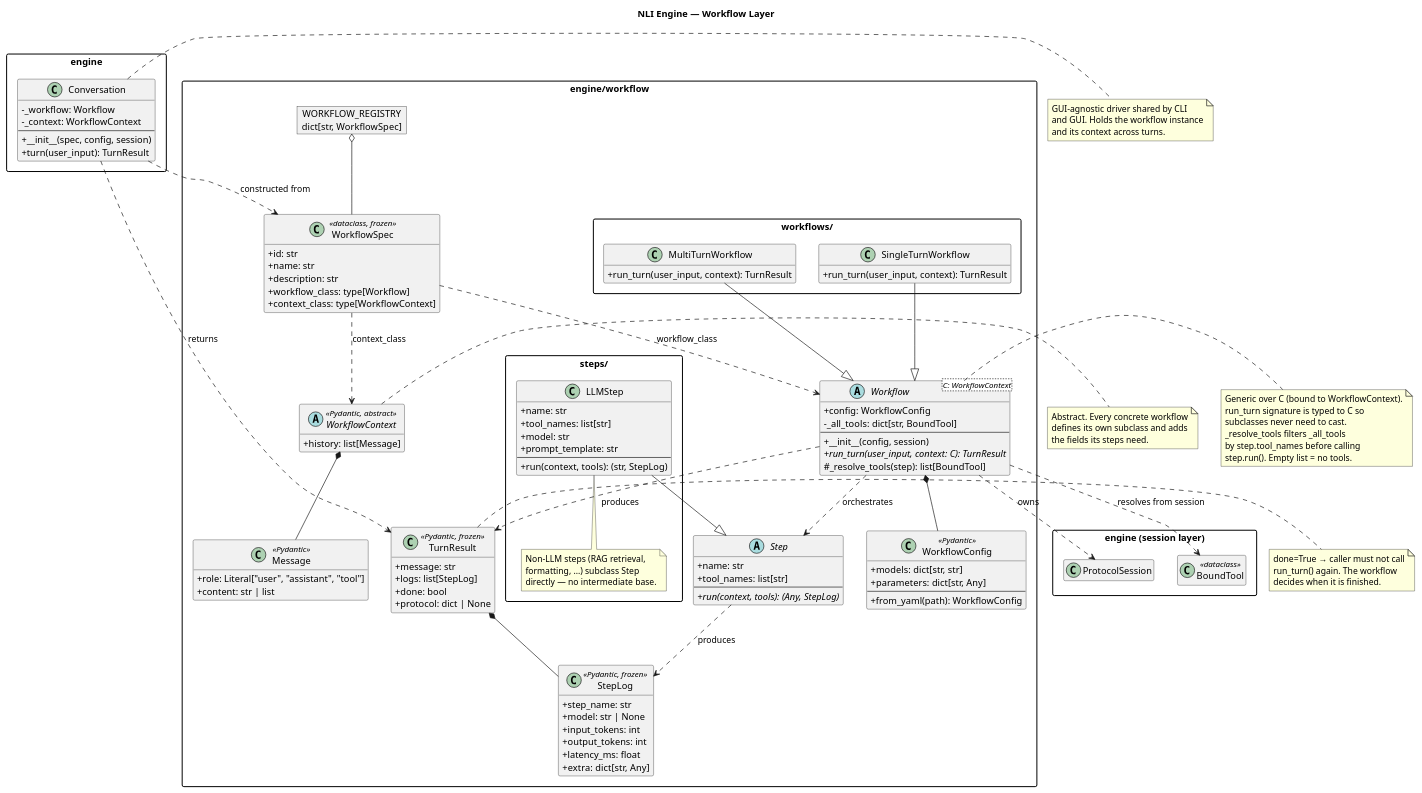
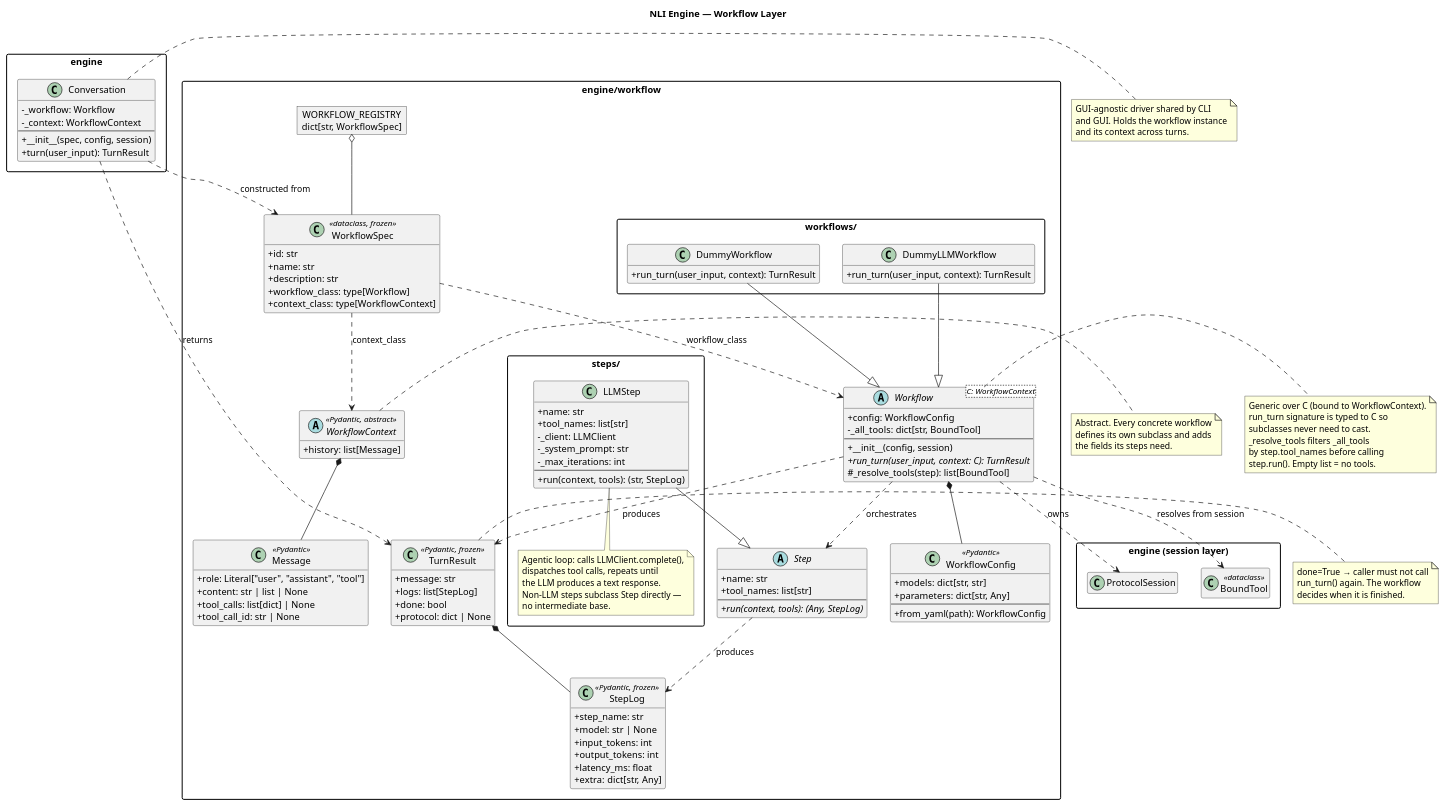
The diagram in docs/design/workflow_layer/workflow_layer.puml (Congiuntivo/cams-nli-engine), drawn with PlantUML before and after one commit. The commit also changed 22 other files, not shown here.

Commit message:
feat: add LLM layer, dummy_llm workflow, and verbose trace

```diff
--- a/docs/design/workflow_layer/workflow_layer.puml
+++ b/docs/design/workflow_layer/workflow_layer.puml
@@ -1,158 +1,163 @@
 @startuml workflow_layer
 title NLI Engine — Workflow Layer
 
 skinparam classAttributeIconSize 0
 skinparam packageStyle rectangle
 hide empty members
 
 package "engine/workflow" {
 
     class WorkflowConfig <<Pydantic>> {
         + models: dict[str, str]
         + parameters: dict[str, Any]
         --
         + from_yaml(path): WorkflowConfig
     }
 
     class Message <<Pydantic>> {
         + role: Literal["user", "assistant", "tool"]
-        + content: str | list
+        + content: str | list | None
+        + tool_calls: list[dict] | None
+        + tool_call_id: str | None
     }
 
     abstract class WorkflowContext <<Pydantic, abstract>> {
         + history: list[Message]
     }
 
     class StepLog <<Pydantic, frozen>> {
         + step_name: str
         + model: str | None
         + input_tokens: int
         + output_tokens: int
         + latency_ms: float
         + extra: dict[str, Any]
     }
 
     class TurnResult <<Pydantic, frozen>> {
         + message: str
         + logs: list[StepLog]
         + done: bool
         + protocol: dict | None
     }
 
     abstract class Step {
         + name: str
         + tool_names: list[str]
         --
         + {abstract} run(context, tools): (Any, StepLog)
     }
 
     abstract class "Workflow<C: WorkflowContext>" as Workflow {
         + config: WorkflowConfig
         - _all_tools: dict[str, BoundTool]
         --
         + __init__(config, session)
         + {abstract} run_turn(user_input, context: C): TurnResult
         # _resolve_tools(step): list[BoundTool]
     }
 
     class WorkflowSpec <<dataclass, frozen>> {
         + id: str
         + name: str
         + description: str
         + workflow_class: type[Workflow]
         + context_class: type[WorkflowContext]
     }
 
     object "WORKFLOW_REGISTRY\ndict[str, WorkflowSpec]" as REGISTRY
 
     package "steps/" {
         class LLMStep {
             + name: str
             + tool_names: list[str]
-            + model: str
-            + prompt_template: str
+            - _client: LLMClient
+            - _system_prompt: str
+            - _max_iterations: int
             --
             + run(context, tools): (str, StepLog)
         }
 
         note bottom of LLMStep
-          Non-LLM steps (RAG retrieval,
-          formatting, …) subclass Step
-          directly — no intermediate base.
+          Agentic loop: calls LLMClient.complete(),
+          dispatches tool calls, repeats until
+          the LLM produces a text response.
+          Non-LLM steps subclass Step directly —
+          no intermediate base.
         end note
     }
 
     package "workflows/" {
-        class MultiTurnWorkflow {
+        class DummyWorkflow {
             + run_turn(user_input, context): TurnResult
         }
 
-        class SingleTurnWorkflow {
+        class DummyLLMWorkflow {
             + run_turn(user_input, context): TurnResult
         }
     }
 }
 
 package "engine" {
     class Conversation {
         - _workflow: Workflow
         - _context: WorkflowContext
         --
         + __init__(spec, config, session)
         + turn(user_input): TurnResult
     }
 }
 
 package "engine (session layer)" {
     class ProtocolSession
     class BoundTool <<dataclass>>
 }
 
 WorkflowContext *-- Message
 TurnResult *-- StepLog
 Workflow *-- WorkflowConfig
 Workflow ..> ProtocolSession : owns
 Workflow ..> BoundTool : resolves from session
 Workflow ..> Step : orchestrates
 Workflow ..> TurnResult : produces
 Step ..> StepLog : produces
 
 REGISTRY o-- WorkflowSpec
 WorkflowSpec ..> Workflow : workflow_class
 WorkflowSpec ..> WorkflowContext : context_class
 
 Conversation ..> WorkflowSpec : constructed from
 Conversation ..> TurnResult : returns
 
 LLMStep --|> Step
-MultiTurnWorkflow --|> Workflow
-SingleTurnWorkflow --|> Workflow
+DummyWorkflow --|> Workflow
+DummyLLMWorkflow --|> Workflow
 
 note right of WorkflowContext
   Abstract. Every concrete workflow
   defines its own subclass and adds
   the fields its steps need.
 end note
 
 note right of Workflow
   Generic over C (bound to WorkflowContext).
   run_turn signature is typed to C so
   subclasses never need to cast.
   _resolve_tools filters _all_tools
   by step.tool_names before calling
   step.run(). Empty list = no tools.
 end note
 
 note right of TurnResult
   done=True → caller must not call
   run_turn() again. The workflow
   decides when it is finished.
 end note
 
 note right of Conversation
   GUI-agnostic driver shared by CLI
   and GUI. Holds the workflow instance
   and its context across turns.
 end note
 
 @enduml
```
